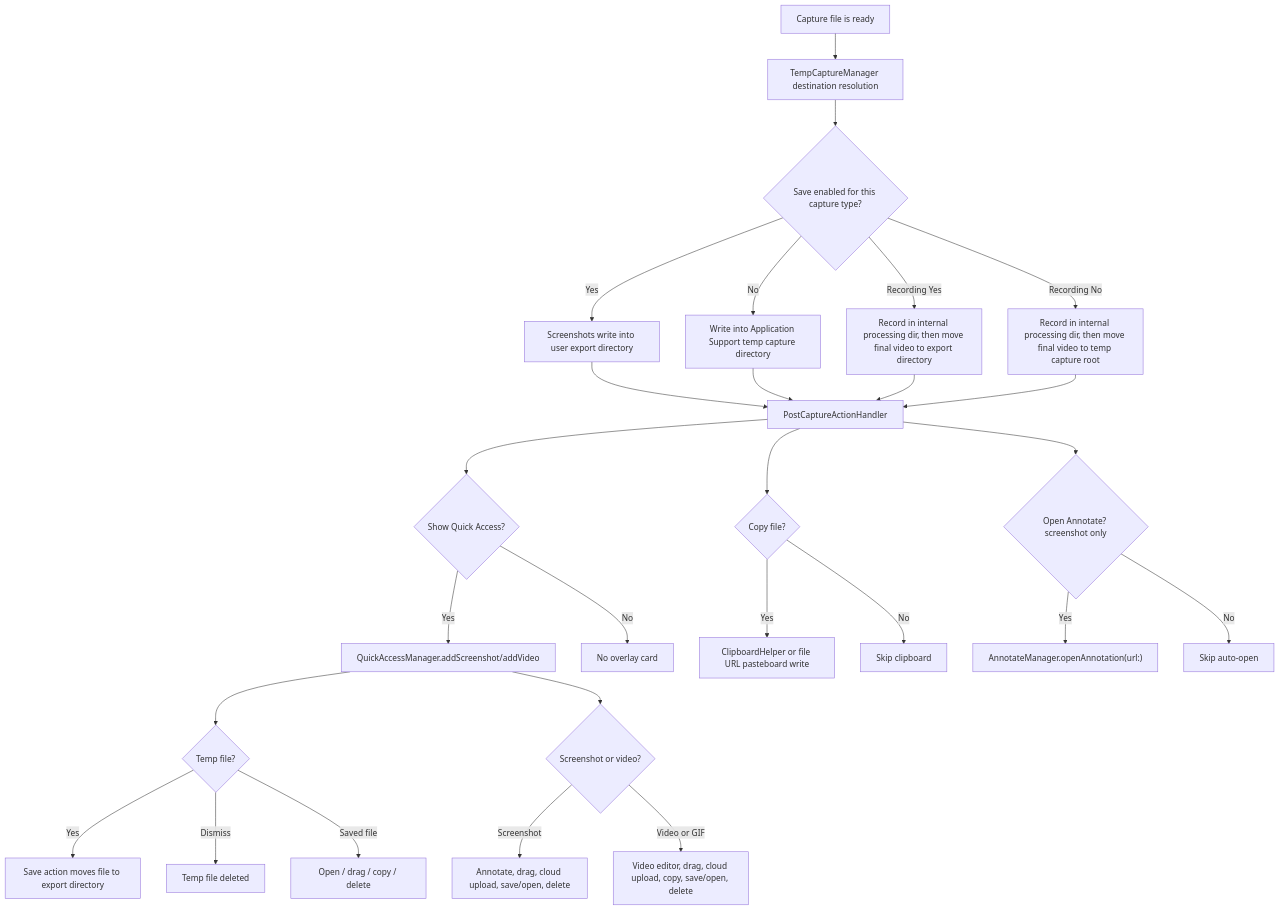
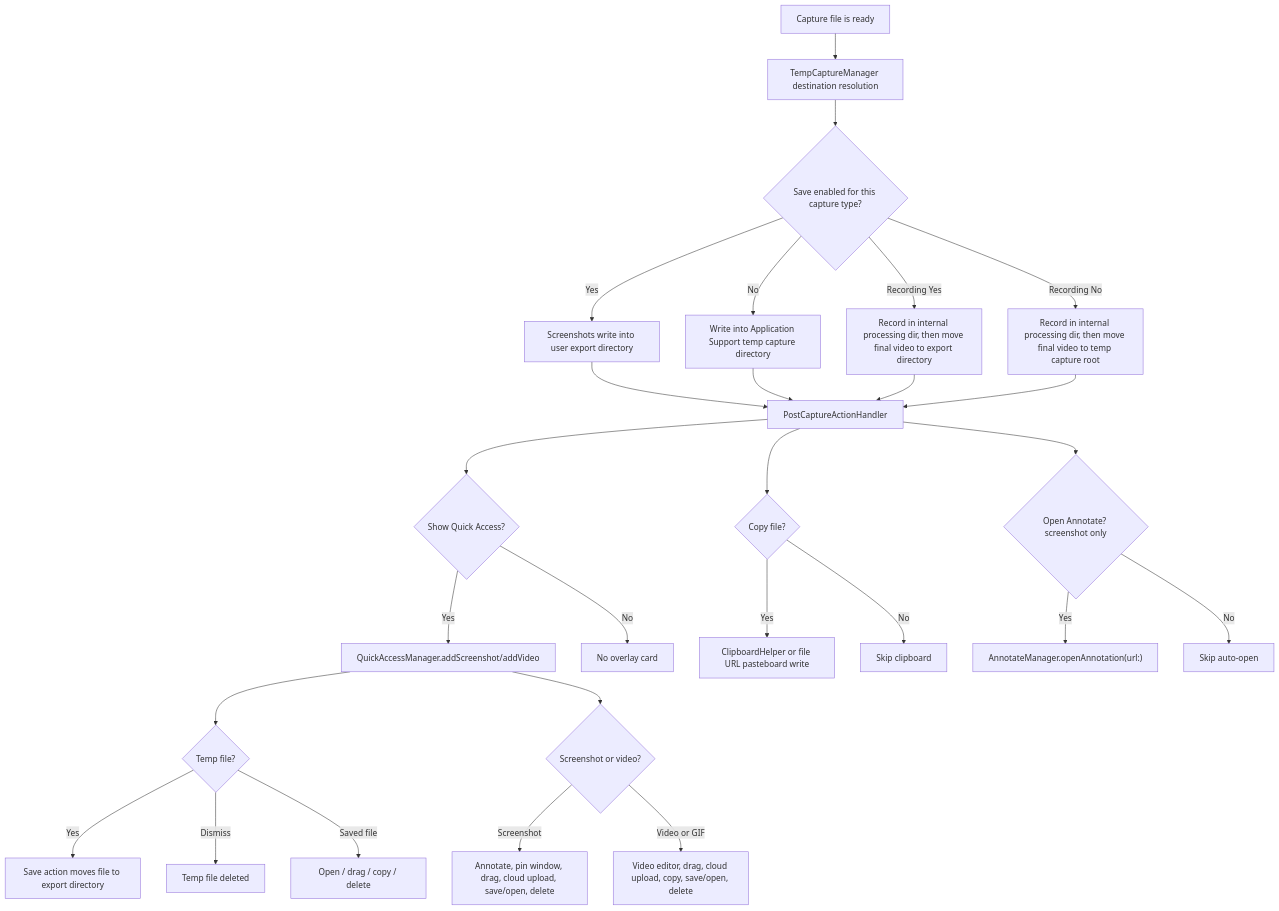
One commit to HaileyLiuuu/Snapzy-Camera changed the sixth of 9 diagrams in docs/CAPTURE.md. Above: the diagram before and after it, drawn with Mermaid. The commit also changed other lines of this file and 14 other files, not shown here.

First line of the commit message:
feat: Implement pinned screenshot windows with QuickAccessPinWindow and manager (#183)

````diff
--- a/docs/CAPTURE.md
+++ b/docs/CAPTURE.md
@@ -266,36 +266,36 @@
 ```mermaid
 flowchart TD
     A["Capture file is ready"] --> B["TempCaptureManager destination resolution"]
     B --> C{"Save enabled for this capture type?"}
     C -->|Yes| D["Screenshots write into user export directory"]
     C -->|No| E["Write into Application Support temp capture directory"]
     C -->|Recording Yes| D1["Record in internal processing dir, then move final video to export directory"]
     C -->|Recording No| E1["Record in internal processing dir, then move final video to temp capture root"]
 
     D --> F["PostCaptureActionHandler"]
     E --> F
     D1 --> F
     E1 --> F
 
     F --> G{"Show Quick Access?"}
     F --> H{"Copy file?"}
     F --> I{"Open Annotate? screenshot only"}
 
     G -->|Yes| J["QuickAccessManager.addScreenshot/addVideo"]
     G -->|No| K["No overlay card"]
 
     H -->|Yes| L["ClipboardHelper or file URL pasteboard write"]
     H -->|No| M["Skip clipboard"]
 
     I -->|Yes| N["AnnotateManager.openAnnotation(url:)"]
     I -->|No| O["Skip auto-open"]
 
     J --> P{"Temp file?"}
     P -->|Yes| Q["Save action moves file to export directory"]
     P -->|Dismiss| R["Temp file deleted"]
     P -->|Saved file| S["Open / drag / copy / delete"]
 
     J --> T{"Screenshot or video?"}
-    T -->|Screenshot| U["Annotate, drag, cloud upload, save/open, delete"]
+    T -->|Screenshot| U["Annotate, pin window, drag, cloud upload, save/open, delete"]
     T -->|Video or GIF| V["Video editor, drag, cloud upload, copy, save/open, delete"]
 ```
````
